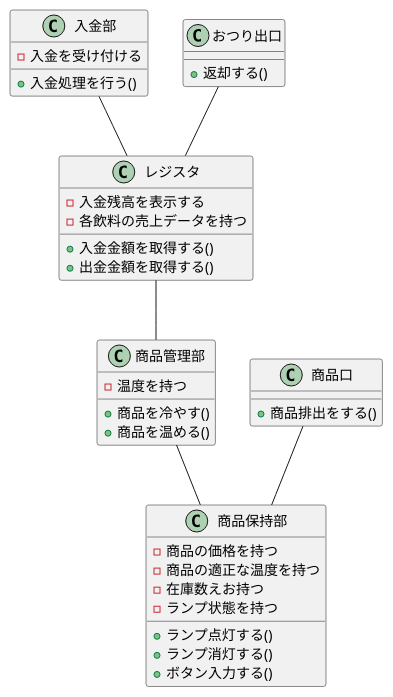
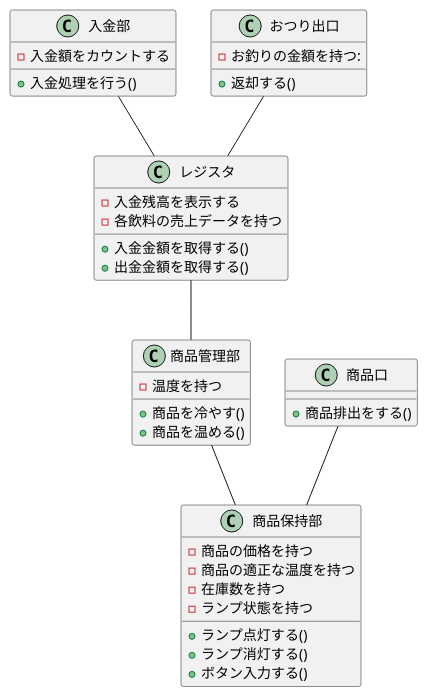
One commit to SLP-ETR-public/plantUML-recture changed the diagram in kattsun17/Q03/class.pu. Above: the diagram before and after it, drawn with PlantUML.

Commit message:
(kattsun:Q03) クラス図を修正

```diff
--- a/kattsun17/Q03/class.pu
+++ b/kattsun17/Q03/class.pu
@@ -1,46 +1,47 @@
 @startuml
 
 
 class 入金部 {
-    - 入金を受け付ける
+    - 入金額をカウントする
     + 入金処理を行う()
 }
 
 class レジスタ {
     - 入金残高を表示する
     - 各飲料の売上データを持つ
     + 入金金額を取得する()
     + 出金金額を取得する()
 }
 
 class おつり出口 {
+    - お釣りの金額を持つ:
     + 返却する()
 }
 
 class 商品管理部 {
     - 温度を持つ
     + 商品を冷やす()
     + 商品を温める()
 }
 
 class 商品保持部 {
     - 商品の価格を持つ
     - 商品の適正な温度を持つ
-    - 在庫数えお持つ
+    - 在庫数を持つ
     - ランプ状態を持つ
     + ランプ点灯する()
     + ランプ消灯する()
     + ボタン入力する()
 }
 
 class 商品口 {
     + 商品排出をする()
 } 
 
 商品管理部 -- 商品保持部
 商品口 -- 商品保持部
 おつり出口 -- レジスタ
 入金部 -- レジスタ
 レジスタ -- 商品管理部
 
 @enduml
```
